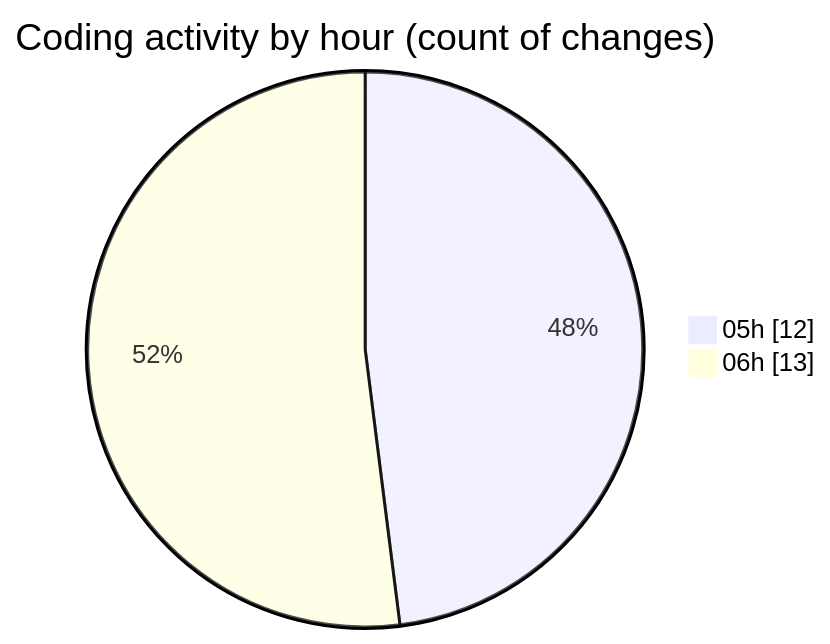
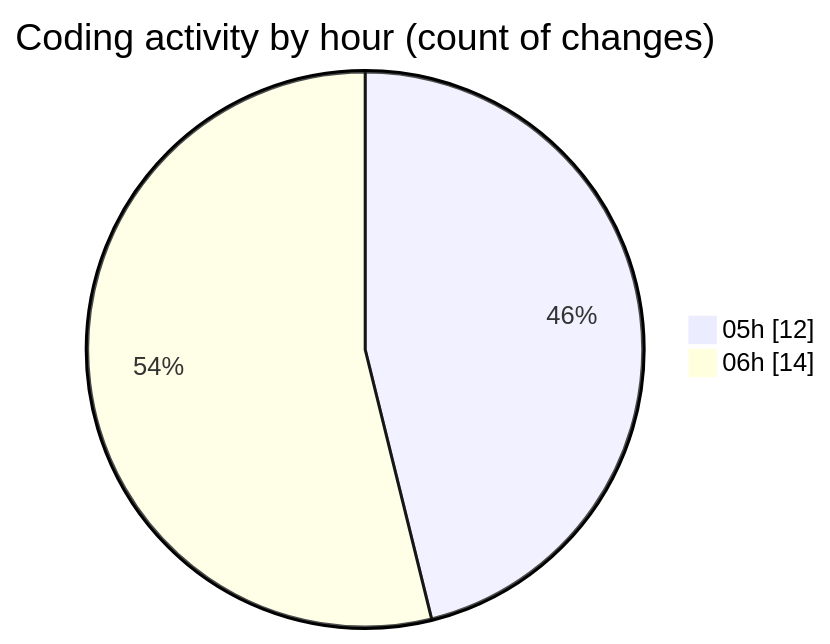
Before and after one commit to ernivani/code-tracking: the second of 2 diagrams in 2024-12-30/leetcode/README.md, drawn with Mermaid. The commit also changed other lines of this file and 3 other files, not shown here.

````diff
--- a/2024-12-30/leetcode/README.md
+++ b/2024-12-30/leetcode/README.md
@@ -33,6 +33,6 @@
 ```mermaid
 pie showData
 title Coding activity by hour (count of changes)
 "05h" : 12
-"06h" : 13
+"06h" : 14
 ```
````
